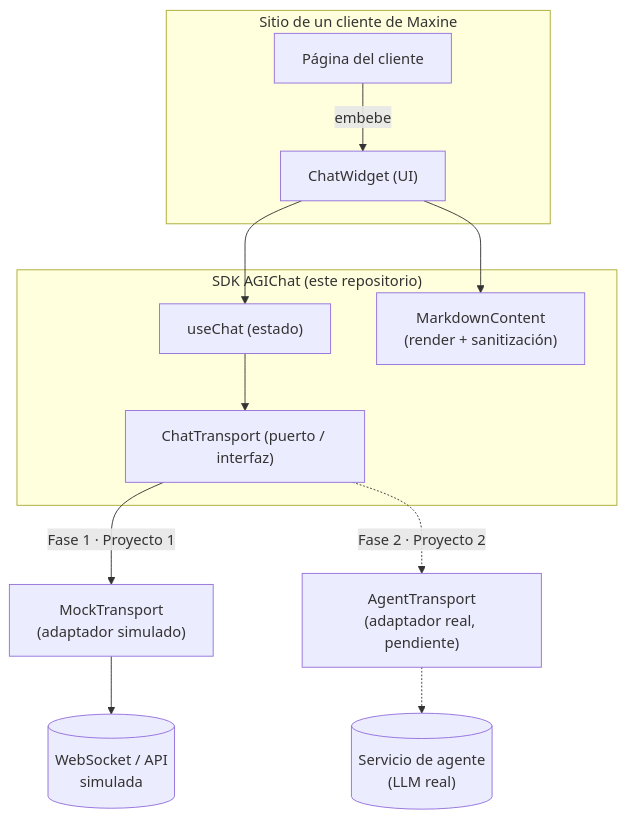
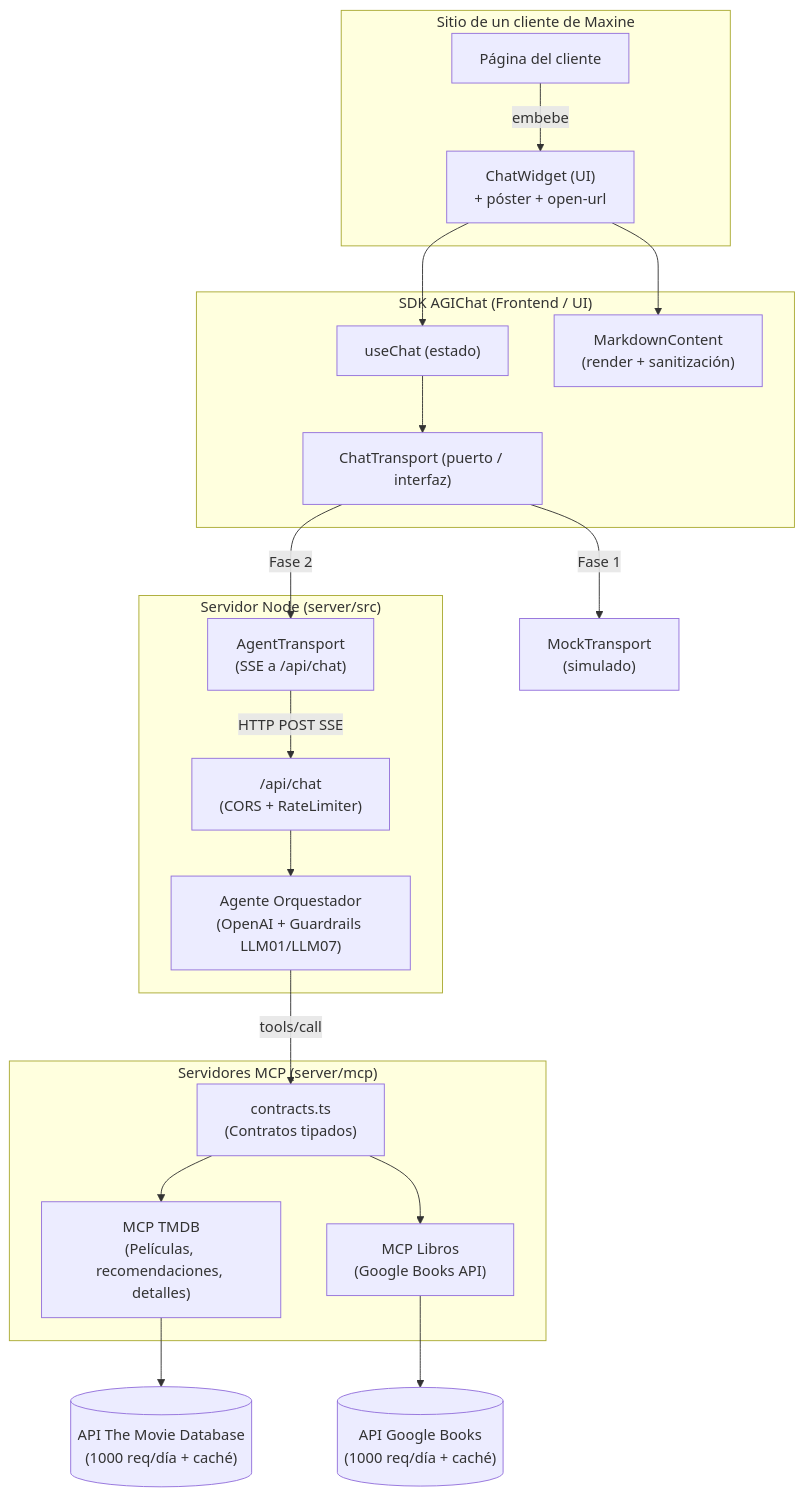
The diagram in docs/ARQUITECTURA.md (her24770/ai_engineering-proyecto-1), drawn with Mermaid before and after one commit. The commit also changed other lines of this file and 8 other files, not shown here.

Commit message:
feat(p2): definir contratos MCP, eventos de UI y dependencias base

````diff
--- a/docs/ARQUITECTURA.md
+++ b/docs/ARQUITECTURA.md
@@ -17,18 +17,29 @@
 ```mermaid
 flowchart TD
     subgraph Cliente["Sitio de un cliente de Maxine"]
         Host["Página del cliente"] -->|embebe| Widget
     end
 
-    subgraph SDK["SDK AGIChat (este repositorio)"]
-        Widget["ChatWidget (UI)"] --> Hook["useChat (estado)"]
+    subgraph SDK["SDK AGIChat (Frontend / UI)"]
+        Widget["ChatWidget (UI)\n+ póster + open-url"] --> Hook["useChat (estado)"]
         Hook --> Contract["ChatTransport (puerto / interfaz)"]
         Widget --> Markdown["MarkdownContent\n(render + sanitización)"]
     end
 
-    Contract -->|"Fase 1 · Proyecto 1"| Mock["MockTransport\n(adaptador simulado)"]
-    Contract -.->|"Fase 2 · Proyecto 2"| Agent["AgentTransport\n(adaptador real, pendiente)"]
+    Contract -->|"Fase 1"| Mock["MockTransport\n(simulado)"]
+    Contract -->|"Fase 2"| AgentTransport["AgentTransport\n(SSE a /api/chat)"]
 
-    Mock --> MockBackend[("WebSocket / API\nsimulada")]
-    Agent -.-> RealAgent[("Servicio de agente\n(LLM real)")]
+    subgraph Backend["Servidor Node (server/src)"]
+        AgentTransport -->|HTTP POST SSE| API["/api/chat\n(CORS + RateLimiter)"]
+        API --> Agent["Agente Orquestador\n(OpenAI + Guardrails LLM01/LLM07)"]
+    end
+
+    subgraph MCP["Servidores MCP (server/mcp)"]
+        Agent -->|tools/call| Contracts["contracts.ts\n(Contratos tipados)"]
+        Contracts --> MCPTMDB["MCP TMDB\n(Películas, recomendaciones, detalles)"]
+        Contracts --> MCPBooks["MCP Libros\n(Google Books API)"]
+    end
+
+    MCPTMDB --> TMDBAPI[("API The Movie Database\n(1000 req/día + caché)")]
+    MCPBooks --> BooksAPI[("API Google Books\n(1000 req/día + caché)")]
 ```
````
